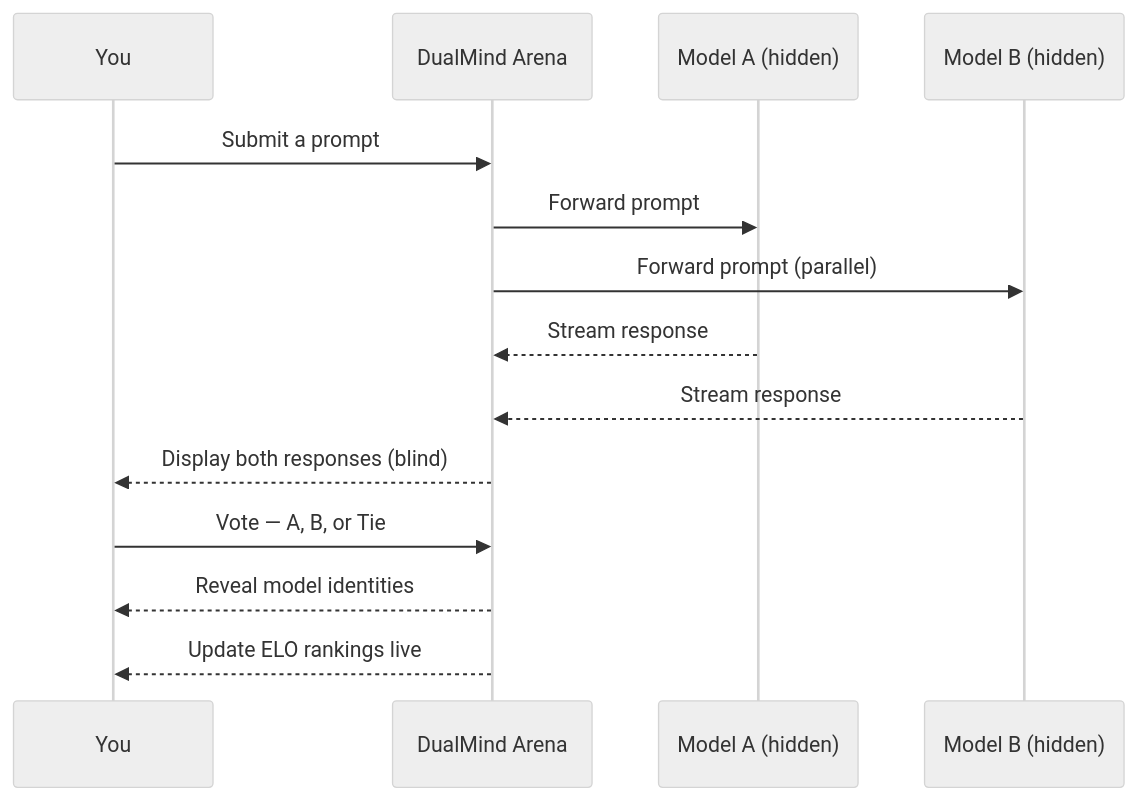
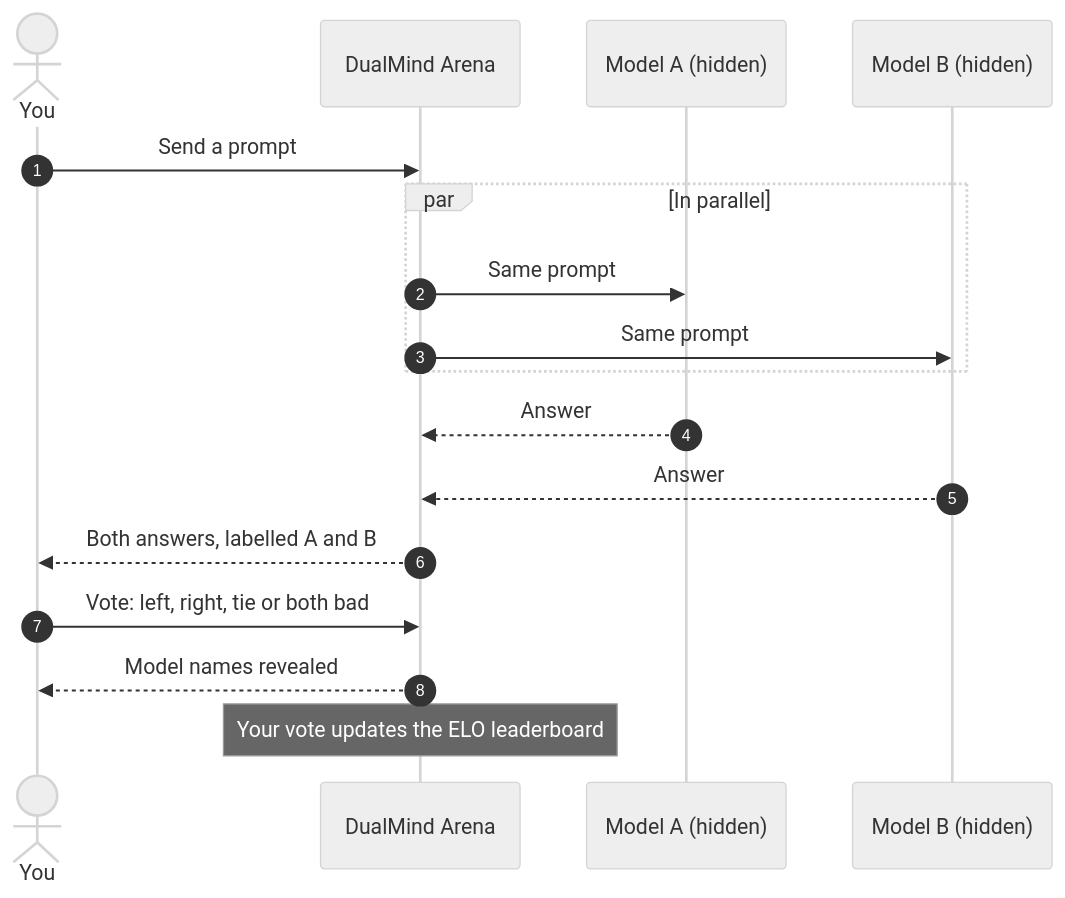
The diagram in welcome.mdx (dualmindlabs/arena-docs), drawn with Mermaid (neutral theme) before and after one commit. The commit also changed other lines of this file and 65 other files, not shown here.

````diff
--- a/welcome.mdx
+++ b/welcome.mdx
@@ -44,17 +51,19 @@
 ```mermaid
 sequenceDiagram
-    participant You
+    autonumber
+    actor You
     participant Arena as DualMind Arena
     participant A as Model A (hidden)
     participant B as Model B (hidden)
-
-    You->>Arena: Submit a prompt
-    Arena->>A: Forward prompt
-    Arena->>B: Forward prompt (parallel)
-    A-->>Arena: Stream response
-    B-->>Arena: Stream response
-    Arena-->>You: Display both responses (blind)
-    You->>Arena: Vote — A, B, or Tie
-    Arena-->>You: Reveal model identities
-    Arena-->>You: Update ELO rankings live
+    You->>Arena: Send a prompt
+    par In parallel
+        Arena->>A: Same prompt
+        Arena->>B: Same prompt
+    end
+    A-->>Arena: Answer
+    B-->>Arena: Answer
+    Arena-->>You: Both answers, labelled A and B
+    You->>Arena: Vote: left, right, tie or both bad
+    Arena-->>You: Model names revealed
+    Note over Arena: Your vote updates the ELO leaderboard
 ```
````
